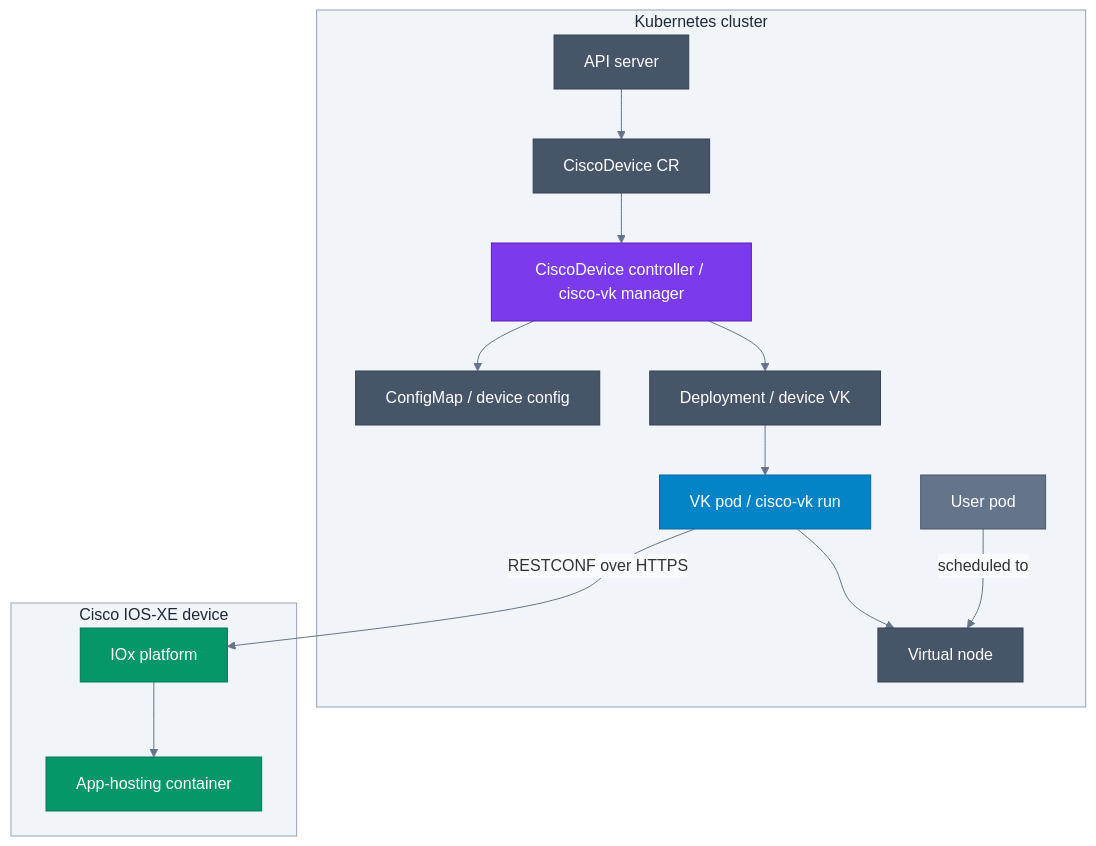
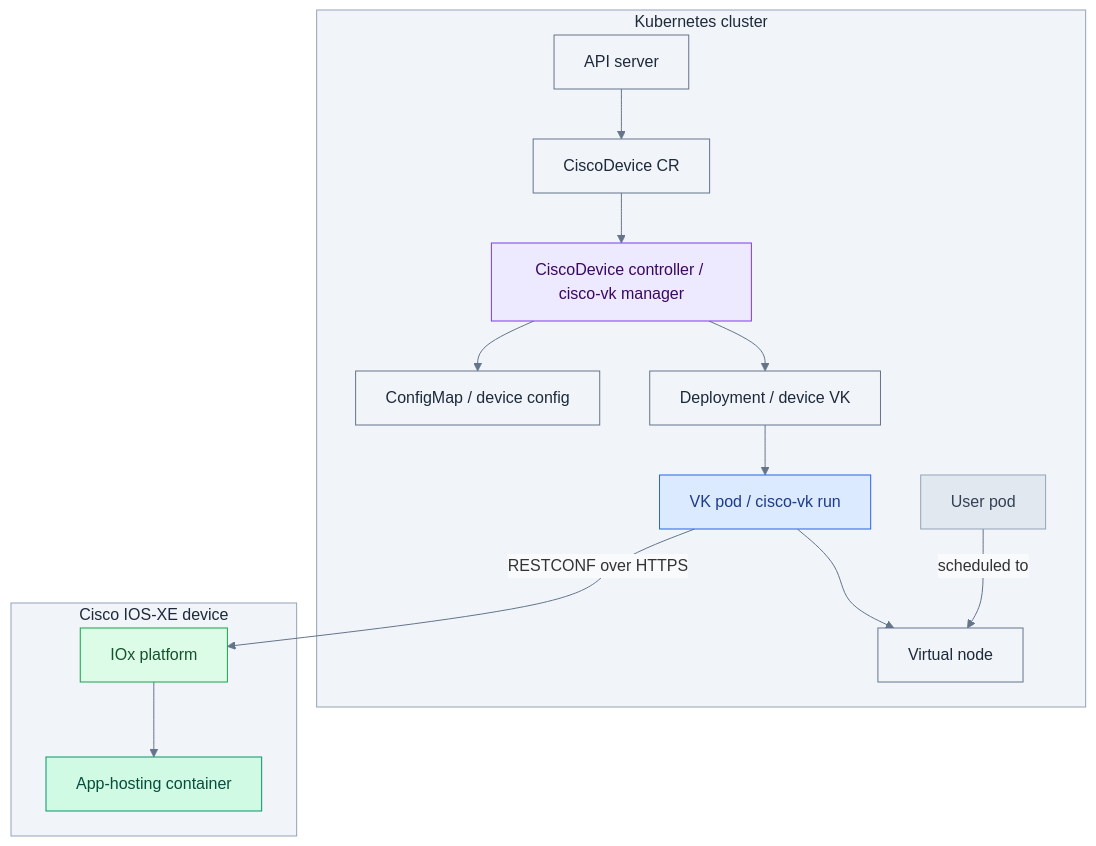
Before and after one commit to cisco-open/cisco-virtual-kubelet: the first of 4 diagrams in docs/ARCHITECTURE.md, drawn with Mermaid. The commit also changed 1 other file, not shown here.

Commit message:
docs: fix Mermaid dark-on-dark, restructure CLI page
ARCHITECTURE.md — Mermaid diagram
- Switch to light pastel fills (lavender, sky, mint) with dark text.
  Light fill + dark text is universally readable regardless of
  MkDocs dark-mode CSS overrides or Mermaid theme inheritance.
  Previous dark fills caused dark-on-dark in dark page themes.

docs/cisco-vk-cli.md — restructure
- Lead with operator capabilities: 'Show commands on Cisco devices'
  section covers kubectl ciscovk one-liner, common show command
  examples (version, interfaces, routing, BGP, CDP, app-hosting),
  DeviceOperation CR direct manifest, and config diff.
- Installation section with platform-specific curl/chmod/mv steps.
- Fleet/node commands with example output tables.
- Configuration lint and preview commands.
- cisco-vk run and manager flags moved to the end as backend detail.
- Remove duplicate/stale sections left from previous edit.

````diff
--- a/docs/ARCHITECTURE.md
+++ b/docs/ARCHITECTURE.md
@@ -20,40 +20,40 @@
 ```mermaid
 %%{init: {'theme': 'base', 'themeVariables': {'background': '#ffffff', 'mainBkg': '#f8fafc', 'clusterBkg': '#f1f5f9', 'clusterBorder': '#94a3b8', 'lineColor': '#64748b', 'edgeLabelBackground': '#f8fafc', 'titleColor': '#1e293b'}}}%%
 flowchart TB
     subgraph Cluster["Kubernetes cluster"]
         API["API server"]
         CRD["CiscoDevice CR"]
         Controller["CiscoDevice controller / cisco-vk manager"]
         CM["ConfigMap / device config"]
         Dep["Deployment / device VK"]
         VK["VK pod / cisco-vk run"]
         Node["Virtual node"]
         Pod["User pod"]
     end
 
     subgraph IOSXE["Cisco IOS-XE device"]
         IOx["IOx platform"]
         Container["App-hosting container"]
     end
 
     API --> CRD
     CRD --> Controller
     Controller --> CM
     Controller --> Dep
     Dep --> VK
     VK --> Node
     Pod -->|"scheduled to"| Node
     VK -->|"RESTCONF over HTTPS"| IOx
     IOx --> Container
 
-    style Controller fill:#7c3aed,stroke:#5b21b6,color:#ffffff
-    style VK fill:#0284c7,stroke:#0369a1,color:#ffffff
-    style IOx fill:#059669,stroke:#047857,color:#ffffff
-    style Container fill:#059669,stroke:#047857,color:#ffffff
-    style API fill:#475569,stroke:#334155,color:#ffffff
-    style CRD fill:#475569,stroke:#334155,color:#ffffff
-    style CM fill:#475569,stroke:#334155,color:#ffffff
-    style Dep fill:#475569,stroke:#334155,color:#ffffff
-    style Node fill:#475569,stroke:#334155,color:#ffffff
-    style Pod fill:#64748b,stroke:#475569,color:#ffffff
+    style Controller fill:#ede9fe,stroke:#7c3aed,color:#3b0764
+    style VK fill:#dbeafe,stroke:#2563eb,color:#1e3a8a
+    style IOx fill:#dcfce7,stroke:#16a34a,color:#14532d
+    style Container fill:#d1fae5,stroke:#059669,color:#064e3b
+    style API fill:#f1f5f9,stroke:#64748b,color:#1e293b
+    style CRD fill:#f1f5f9,stroke:#64748b,color:#1e293b
+    style CM fill:#f1f5f9,stroke:#64748b,color:#1e293b
+    style Dep fill:#f1f5f9,stroke:#64748b,color:#1e293b
+    style Node fill:#f1f5f9,stroke:#64748b,color:#1e293b
+    style Pod fill:#e2e8f0,stroke:#94a3b8,color:#334155
 ```
````
